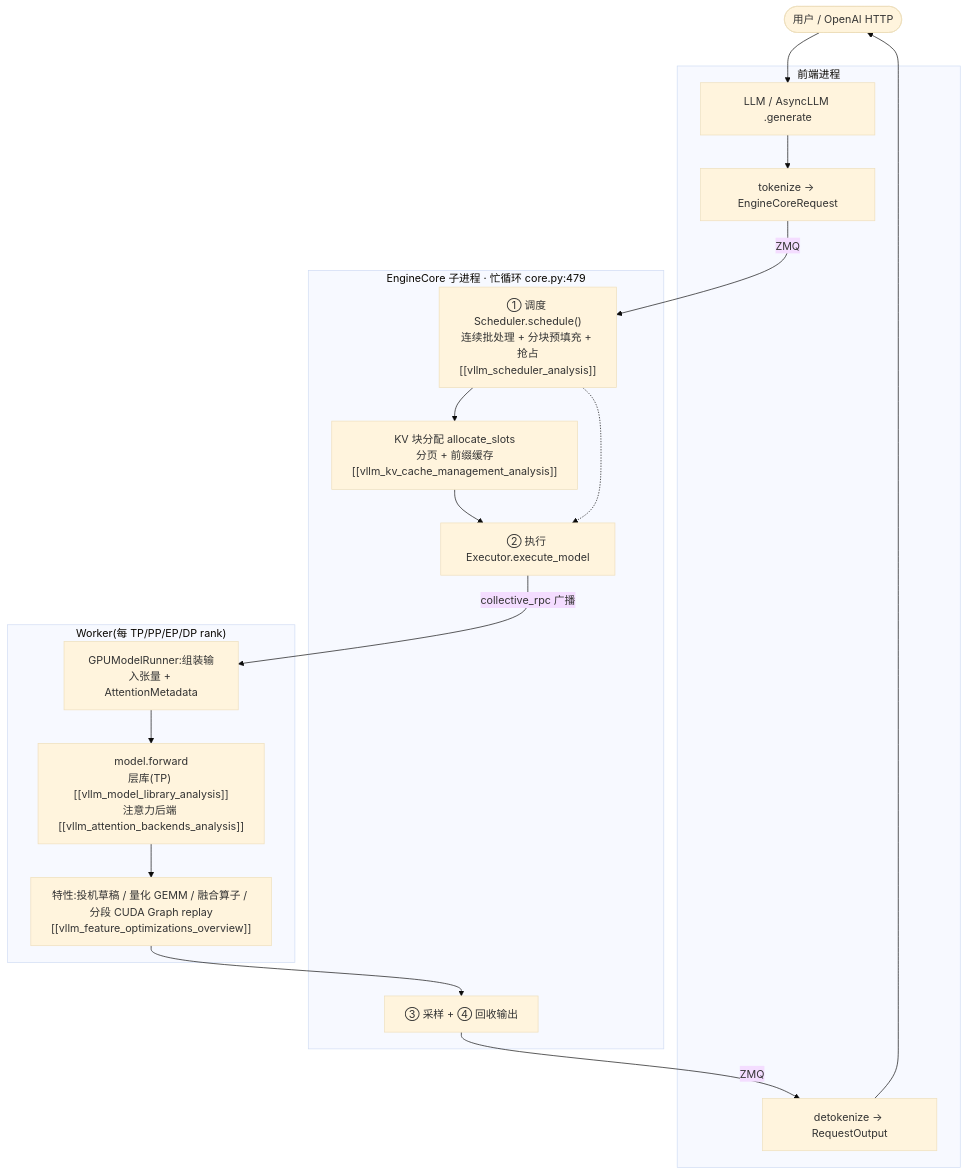
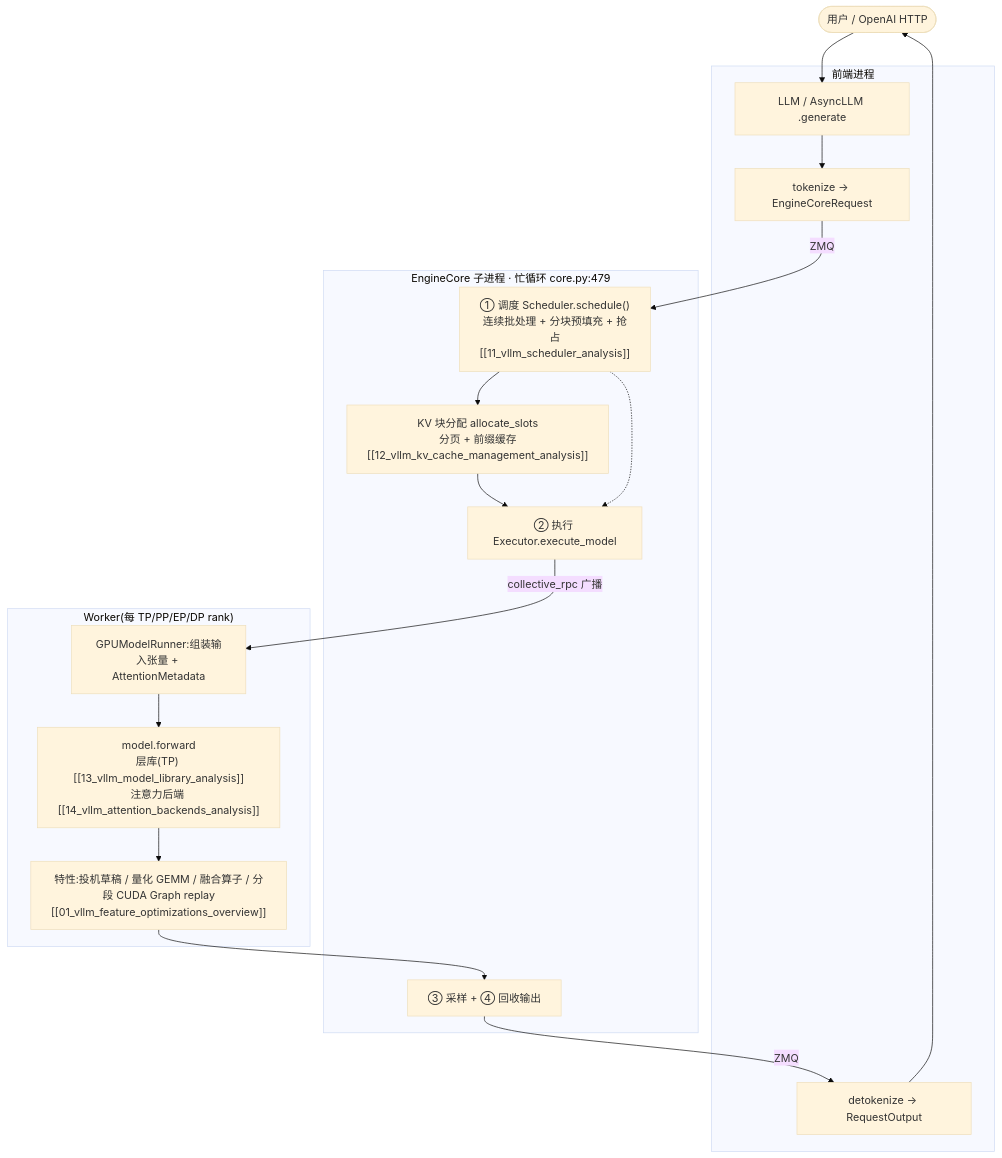
Before and after one commit to suhaibo666/llm-knowledge: the diagram in wiki/02_engineering/03_infer_frameworks/vllm/index.md, drawn with Mermaid (base theme). The commit also changed other lines of this file and 21 other files, not shown here.

````diff
--- a/wiki/02_engineering/03_infer_frameworks/vllm/index.md
+++ b/wiki/02_engineering/03_infer_frameworks/vllm/index.md
@@ -59,24 +59,24 @@
 ```mermaid
 flowchart TB
   user(["用户 / OpenAI HTTP"])
   subgraph FE["前端进程"]
     api["LLM / AsyncLLM .generate"]
     tok["tokenize → EngineCoreRequest"]
     detok["detokenize → RequestOutput"]
   end
   subgraph BE["EngineCore 子进程 · 忙循环 core.py:479"]
-    sched["① 调度 Scheduler.schedule()<br/>连续批处理 + 分块预填充 + 抢占<br/>[[vllm_scheduler_analysis]]"]
-    kv["KV 块分配 allocate_slots<br/>分页 + 前缀缓存<br/>[[vllm_kv_cache_management_analysis]]"]
+    sched["① 调度 Scheduler.schedule()<br/>连续批处理 + 分块预填充 + 抢占<br/>[[11_vllm_scheduler_analysis]]"]
+    kv["KV 块分配 allocate_slots<br/>分页 + 前缀缓存<br/>[[12_vllm_kv_cache_management_analysis]]"]
     exec["② 执行 Executor.execute_model"]
     samp["③ 采样 + ④ 回收输出"]
   end
   subgraph WK["Worker(每 TP/PP/EP/DP rank)"]
     runner["GPUModelRunner:组装输入张量 + AttentionMetadata"]
-    model["model.forward<br/>层库(TP) [[vllm_model_library_analysis]]<br/>注意力后端 [[vllm_attention_backends_analysis]]"]
-    feats["特性:投机草稿 / 量化 GEMM / 融合算子 / 分段 CUDA Graph replay<br/>[[vllm_feature_optimizations_overview]]"]
+    model["model.forward<br/>层库(TP) [[13_vllm_model_library_analysis]]<br/>注意力后端 [[14_vllm_attention_backends_analysis]]"]
+    feats["特性:投机草稿 / 量化 GEMM / 融合算子 / 分段 CUDA Graph replay<br/>[[01_vllm_feature_optimizations_overview]]"]
   end
   user --> api --> tok -->|ZMQ| sched
   sched --> kv --> exec -->|collective_rpc 广播| runner --> model --> feats
   feats --> samp -->|ZMQ| detok --> user
   sched -.-> exec
 ```
````
